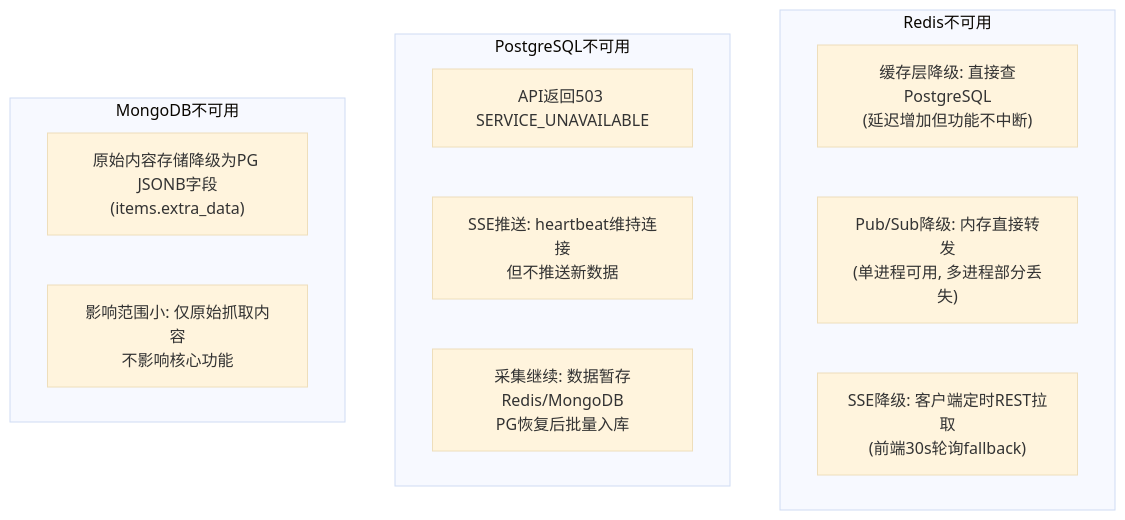
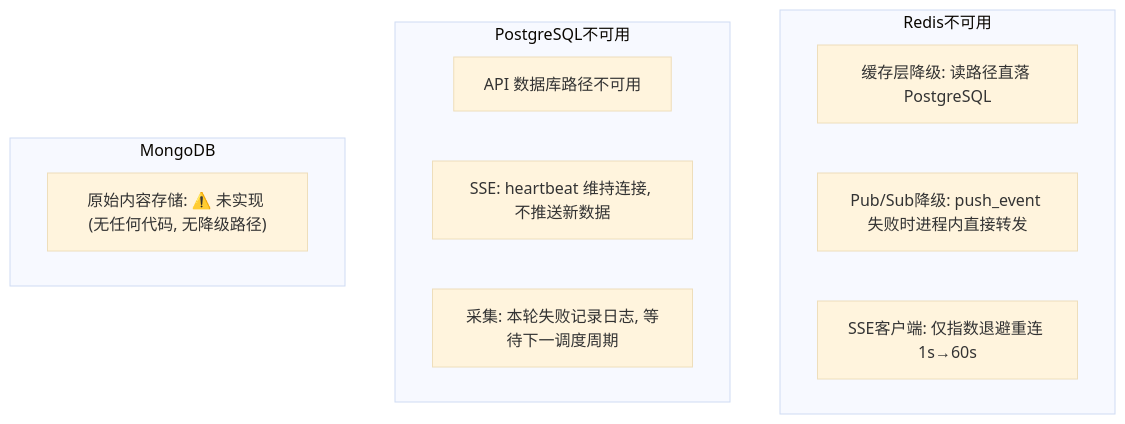
One commit to onceme/instantboard changed the tenth of 12 diagrams in docs/design/data-flow.md. Above: the diagram before and after it, drawn with Mermaid (base theme). The commit also changed other lines of this file and 14 other files, not shown here.

````diff
--- a/docs/design/data-flow.md
+++ b/docs/design/data-flow.md
@@ -597,19 +539,18 @@
 ```mermaid
 graph TD
     subgraph RedisUnavailable["Redis不可用"]
-        CacheDegrad["缓存层降级: 直接查PostgreSQL<br>(延迟增加但功能不中断)"]
-        PubSubDegrad["Pub/Sub降级: 内存直接转发<br>(单进程可用, 多进程部分丢失)"]
-        SSEDegrad["SSE降级: 客户端定时REST拉取<br>(前端30s轮询fallback)"]
+        CacheDegrad["缓存层降级: 读路径直落 PostgreSQL"]
+        PubSubDegrad["Pub/Sub降级: push_event 失败时进程内直接转发"]
+        SSEBackoff["SSE客户端: 仅指数退避重连 1s→60s"]
     end
 
     subgraph PGUnavailable["PostgreSQL不可用"]
-        API503["API返回503 SERVICE_UNAVAILABLE"]
-        SSEHeartbeat["SSE推送: heartbeat维持连接<br>但不推送新数据"]
-        CollectContinue["采集继续: 数据暂存Redis/MongoDB<br>PG恢复后批量入库"]
+        API503["API 数据库路径不可用"]
+        SSEHeartbeat["SSE: heartbeat 维持连接, 不推送新数据"]
+        CollectLog["采集: 本轮失败记录日志, 等待下一调度周期"]
     end
 
-    subgraph MongoUnavailable["MongoDB不可用"]
-        PGJSONB["原始内容存储降级为PG JSONB字段<br>(items.extra_data)"]
-        SmallImpact["影响范围小: 仅原始抓取内容<br>不影响核心功能"]
+    subgraph MongoUnavailable["MongoDB"]
+        NotImpl["原始内容存储: ⚠️ 未实现 (无任何代码, 无降级路径)"]
     end
 ```
````
